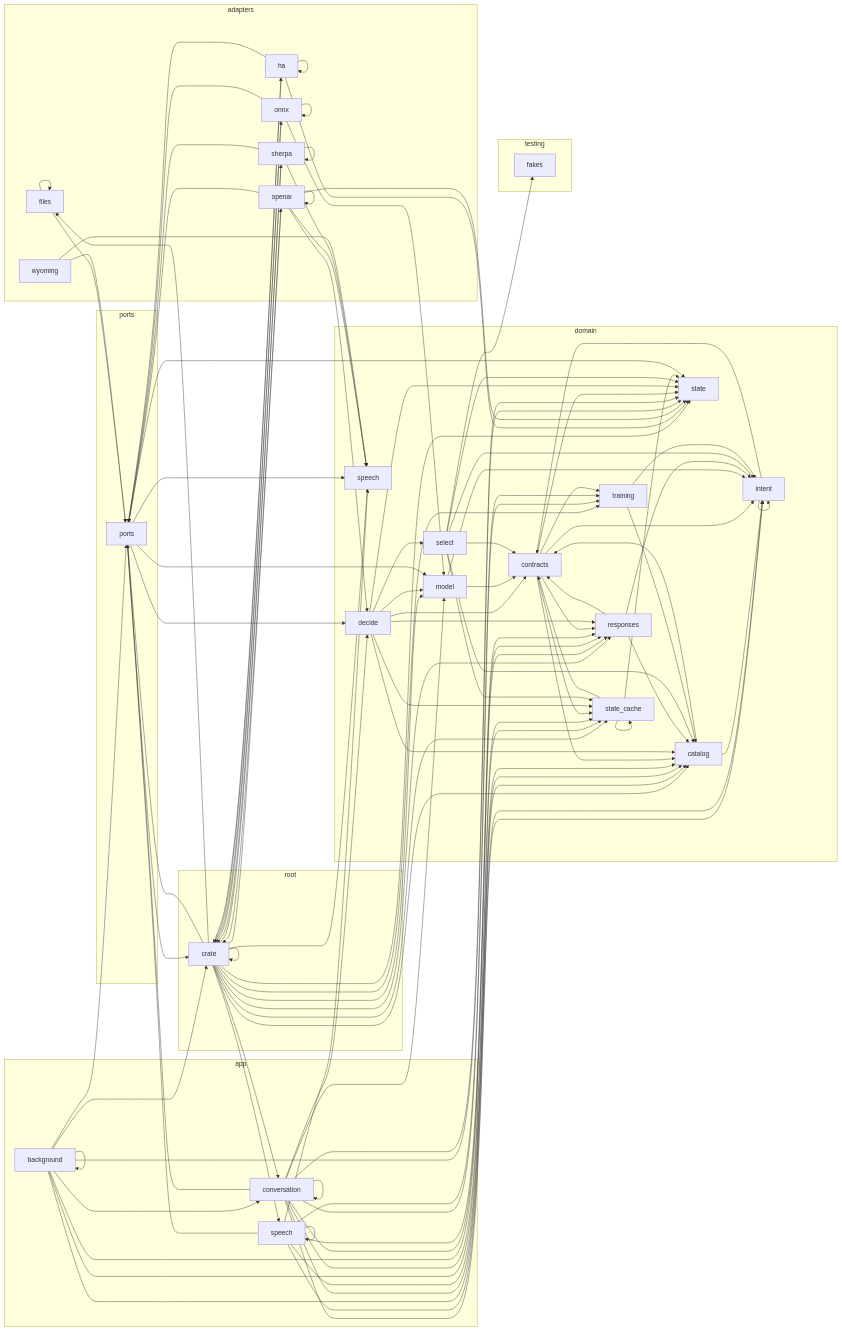
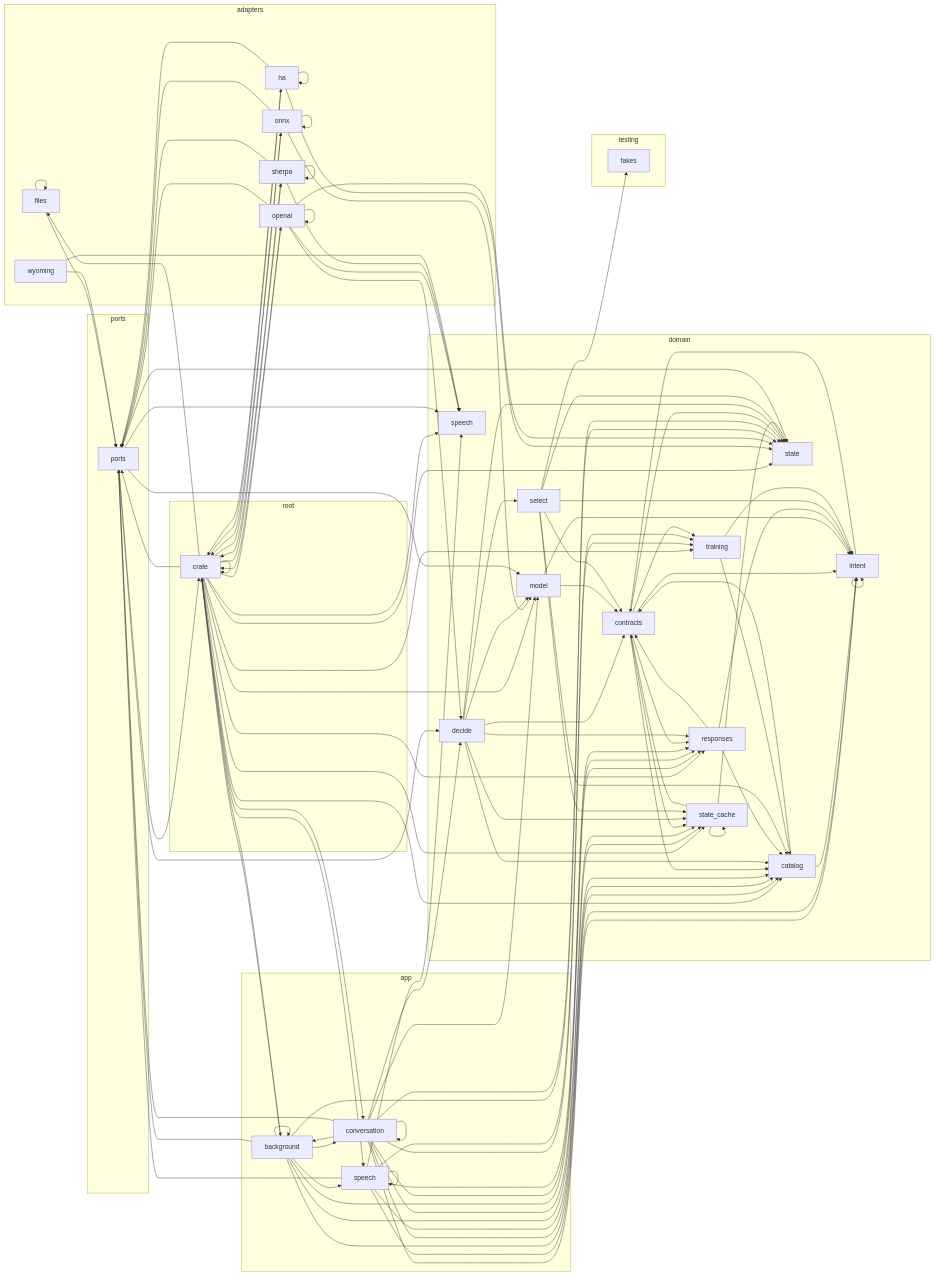
One commit to louislang/ha-jarvis changed the diagram in docs/architecture.md. Above: the diagram before and after it, drawn with Mermaid. The commit also changed 5 other files, not shown here.

```diff
--- a/docs/architecture.md
+++ b/docs/architecture.md
@@ -45,6 +45,7 @@
     crate --> crate_adapters_onnx
     crate --> crate_adapters_openai
     crate --> crate_adapters_sherpa
+    crate --> crate_app_background
     crate --> crate_app_conversation
     crate --> crate_app_speech
     crate --> crate_domain_catalog
@@ -80,11 +81,13 @@
     crate_app_background --> crate
     crate_app_background --> crate_app_background
     crate_app_background --> crate_app_conversation
+    crate_app_background --> crate_app_speech
     crate_app_background --> crate_domain_catalog
     crate_app_background --> crate_domain_responses
     crate_app_background --> crate_domain_state
     crate_app_background --> crate_domain_state_cache
     crate_app_background --> crate_ports
+    crate_app_conversation --> crate_app_background
     crate_app_conversation --> crate_app_conversation
     crate_app_conversation --> crate_domain_catalog
     crate_app_conversation --> crate_domain_decide
```
